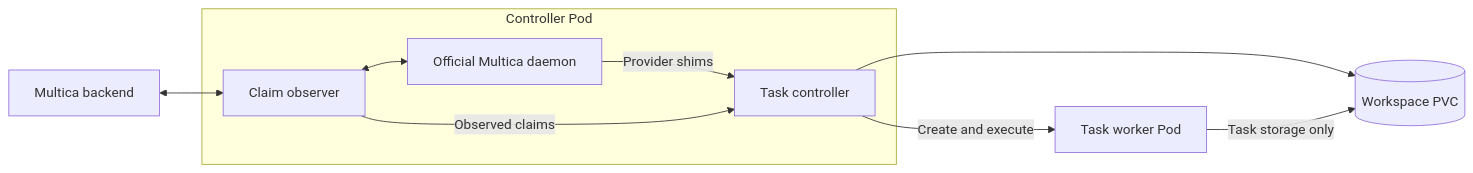
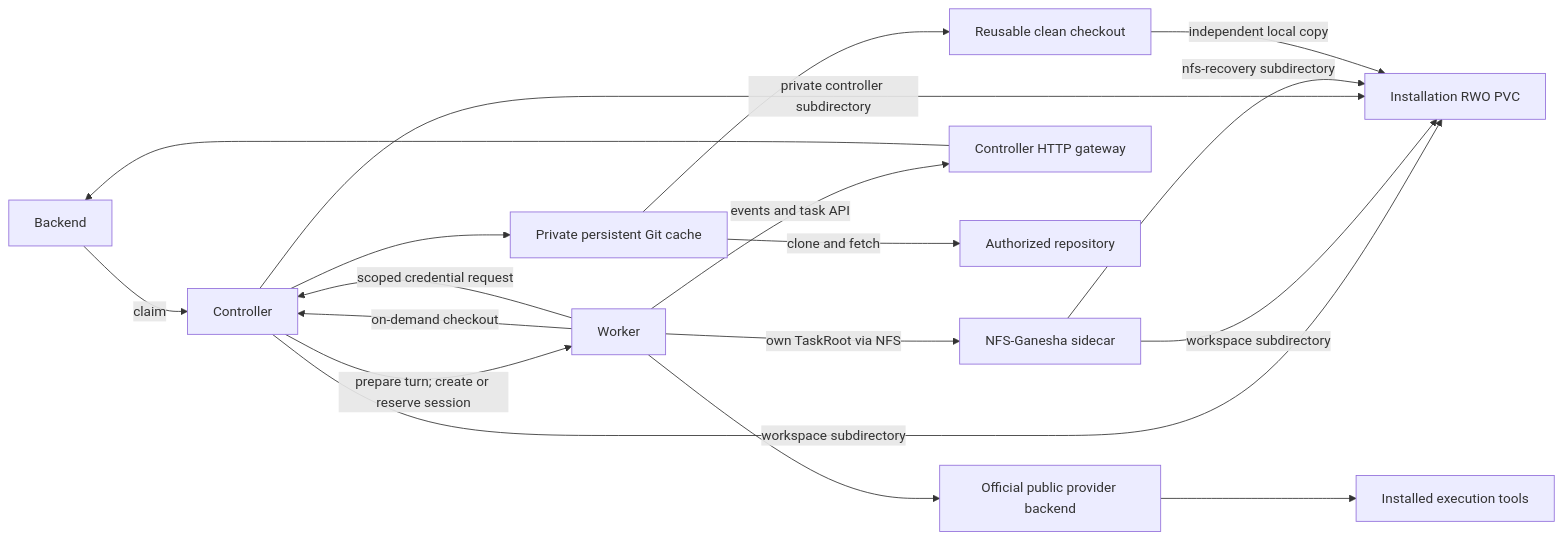
One commit to korioinc/multica-runtime-controller changed the first of 2 diagrams in README.md. Above: the diagram before and after it, drawn with Mermaid. The commit also changed other lines of this file and 376 other files, not shown here.

````diff
--- a/README.md
+++ b/README.md
@@ -11,12 +7,20 @@
 ```mermaid
 flowchart LR
-    Backend[Multica backend] <--> Bridge
-    subgraph ControllerPod[Controller Pod]
-        Bridge[Claim observer] <--> Daemon[Official Multica daemon]
-        Daemon -->|Provider shims| Controller[Task controller]
-        Bridge -->|Observed claims| Controller
-    end
-    Controller -->|Create and execute| Worker[Task worker Pod]
-    Controller --> Storage[(Workspace PVC)]
-    Worker -->|Task storage only| Storage
+  Backend -->|claim| Controller
+  Controller -->|prepare turn; create or reserve session| Worker
+  Controller -->|workspace subdirectory| Storage[Installation RWO PVC]
+  Ganesha[NFS-Ganesha sidecar] -->|workspace subdirectory| Storage
+  Worker -->|own TaskRoot via NFS| Ganesha
+  Worker --> Adapter[Official public provider backend]
+  Adapter --> Tools[Installed execution tools]
+  Worker -->|events and task API| Gateway[Controller HTTP gateway]
+  Gateway --> Backend
+  Controller -->|private controller subdirectory| Storage
+  Ganesha -->|nfs-recovery subdirectory| Storage
+  Worker -->|on-demand checkout| Controller
+  Controller --> Cache[Private persistent Git cache]
+  Cache -->|clone and fetch| Git[Authorized repository]
+  Cache --> Baseline[Reusable clean checkout]
+  Baseline -->|independent local copy| Storage
+  Worker -->|scoped credential request| Controller
 ```
````
